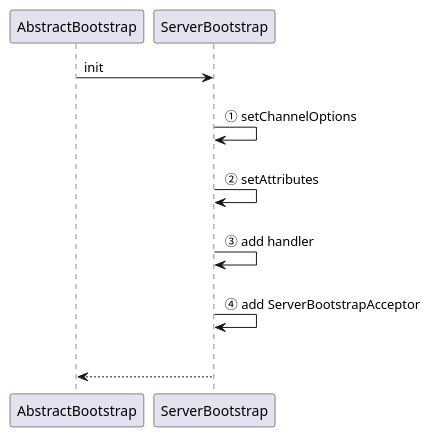
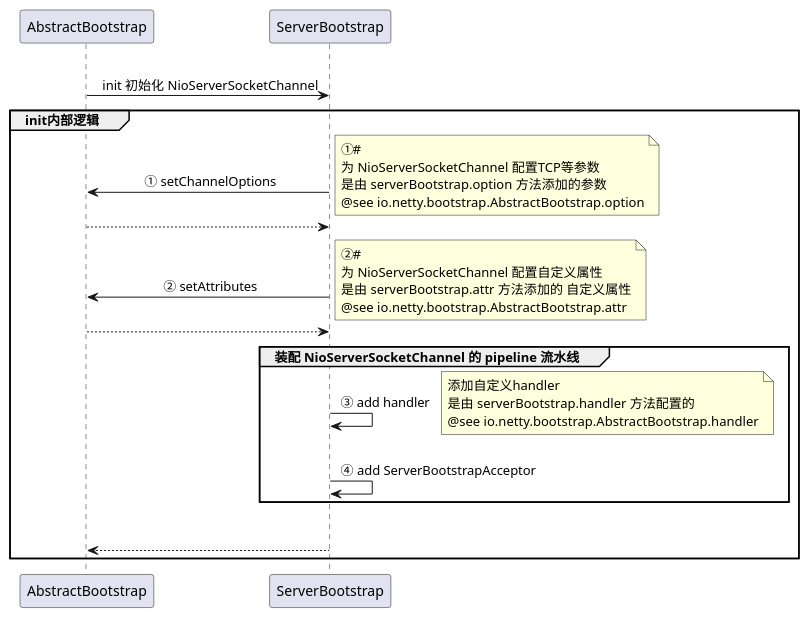
Before and after one commit to Simba-cheng/netty: the diagram in puml/1_1_1-ServerBootstrap#initAndRegister#init.puml, drawn with PlantUML.

Commit message:
refactor(code): 源码添加注释、流程图、类图

```diff
--- a/puml/1_1_1-ServerBootstrap#initAndRegister#init.puml
+++ b/puml/1_1_1-ServerBootstrap#initAndRegister#init.puml
@@ -1,12 +1,42 @@
 @startuml
 
-AbstractBootstrap -> ServerBootstrap: init
+'箭头上的文字居中
+skinparam sequenceMessageAlign center
 
-ServerBootstrap -> ServerBootstrap: \n ① setChannelOptions
-ServerBootstrap -> ServerBootstrap: \n ② setAttributes
-ServerBootstrap -> ServerBootstrap: \n ③ add handler
-ServerBootstrap -> ServerBootstrap: \n ④ add ServerBootstrapAcceptor
+AbstractBootstrap -> ServerBootstrap: \n init 初始化 NioServerSocketChannel
 
-ServerBootstrap --> AbstractBootstrap: \n
+group init内部逻辑
+
+    ServerBootstrap -> AbstractBootstrap: \n ① setChannelOptions
+        note right
+            ①#
+            为 NioServerSocketChannel 配置TCP等参数
+            是由 serverBootstrap.option 方法添加的参数
+            @see io.netty.bootstrap.AbstractBootstrap.option
+        end note
+    AbstractBootstrap --> ServerBootstrap
+
+    ServerBootstrap -> AbstractBootstrap: \n ② setAttributes
+        note right
+            ②#
+            为 NioServerSocketChannel 配置自定义属性
+            是由 serverBootstrap.attr 方法添加的 自定义属性
+            @see io.netty.bootstrap.AbstractBootstrap.attr
+        end note
+    AbstractBootstrap --> ServerBootstrap
+
+    group 装配 NioServerSocketChannel 的 pipeline 流水线
+        ServerBootstrap -> ServerBootstrap: \n ③ add handler
+            note right
+                添加自定义handler
+                是由 serverBootstrap.handler 方法配置的
+                @see io.netty.bootstrap.AbstractBootstrap.handler
+            end note
+        ServerBootstrap -> ServerBootstrap: \n ④ add ServerBootstrapAcceptor
+    end
+
+    ServerBootstrap --> AbstractBootstrap: \n
+
+end
 
 @enduml
```
